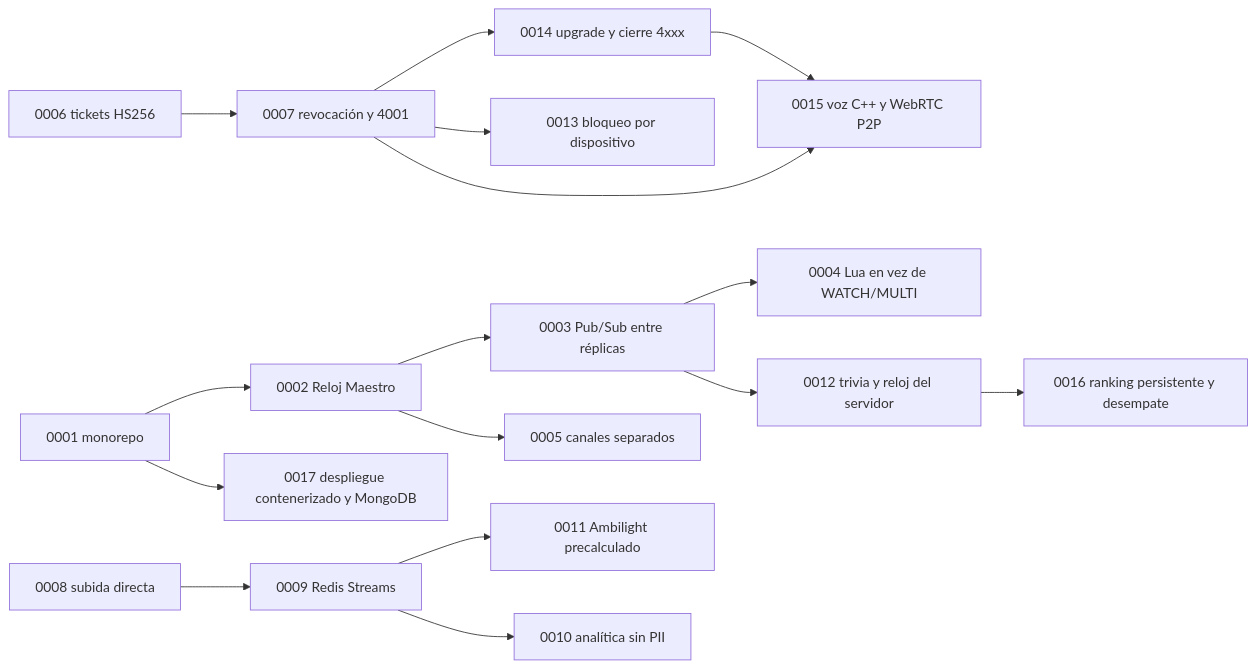
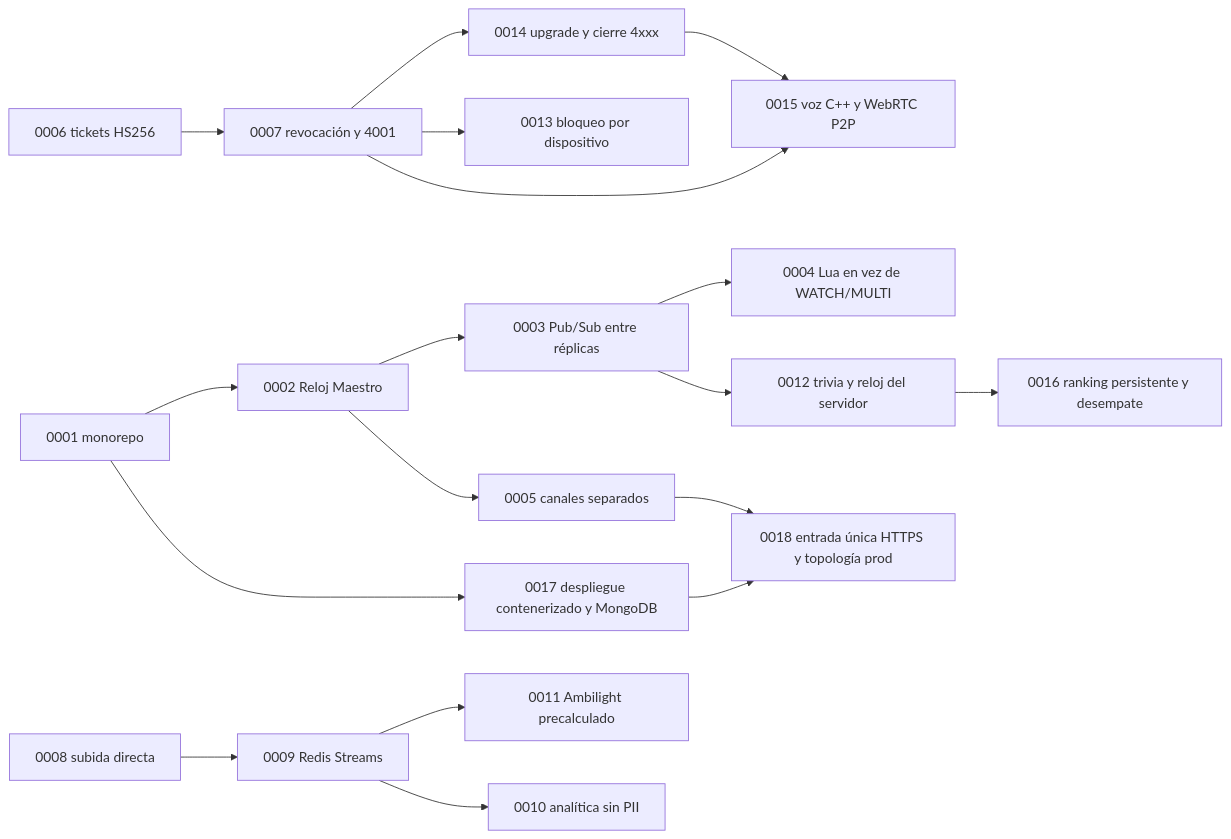
One commit to TINTOrganization/TINT changed the diagram in docs/adr/README.md. Above: the diagram before and after it, drawn with Mermaid. The commit also changed other lines of this file and 8 other files, not shown here.

First line of the commit message:
feat(infra): entrada HTTPS única y topología de producción (OPS-03 #88)

````diff
--- a/docs/adr/README.md
+++ b/docs/adr/README.md
@@ -29,18 +30,20 @@
 ```mermaid
 flowchart LR
     A1["0001 monorepo"] --> A2["0002 Reloj Maestro"]
     A2 --> A3["0003 Pub/Sub entre réplicas"]
     A3 --> A4["0004 Lua en vez de WATCH/MULTI"]
     A2 --> A5["0005 canales separados"]
     A6["0006 tickets HS256"] --> A7["0007 revocación y 4001"]
     A7 --> A14["0014 upgrade y cierre 4xxx"]
     A7 --> A13["0013 bloqueo por dispositivo"]
     A7 --> A15["0015 voz C++ y WebRTC P2P"]
     A14 --> A15
     A8["0008 subida directa"] --> A9["0009 Redis Streams"]
     A9 --> A11["0011 Ambilight precalculado"]
     A9 --> A10["0010 analítica sin PII"]
     A3 --> A12["0012 trivia y reloj del servidor"]
     A12 --> A16["0016 ranking persistente y desempate"]
     A1 --> A17["0017 despliegue contenerizado y MongoDB"]
+    A17 --> A18["0018 entrada única HTTPS y topología prod"]
+    A5 --> A18
 ```
````
